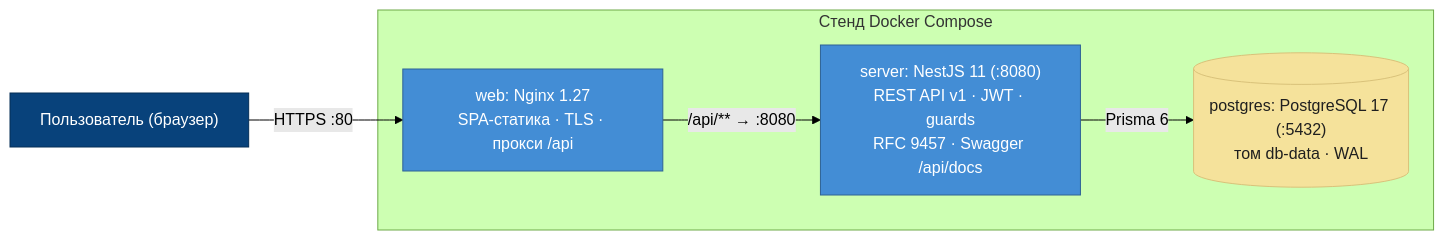
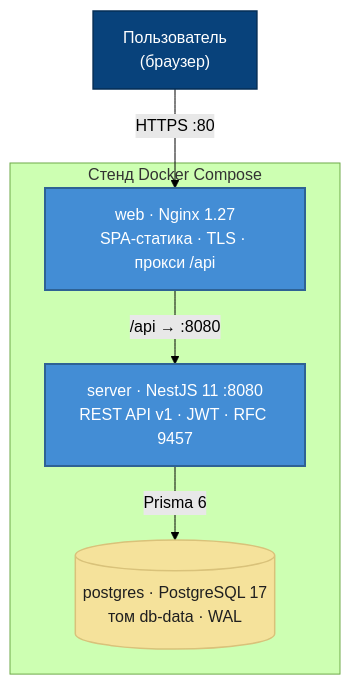
The diagram in tools/diagrams/src/02-c2-containers.mmd (ayurasov/vacation-planner), drawn with Mermaid (forest theme) before and after one commit. The commit also changed 43 other files, not shown here.

First line of the commit message:
design+docs(v0.2.1): настоящие Gantt-полосы, топбар-заголовки, коллапс меню; PNG-диаграммы

```diff
--- a/tools/diagrams/src/02-c2-containers.mmd
+++ b/tools/diagrams/src/02-c2-containers.mmd
@@ -1,16 +1,16 @@
-flowchart LR
-    U["Пользователь (браузер)"]
-    subgraph stand["Стенд Docker Compose"]
-        NG["web: Nginx 1.27<br/>SPA-статика · TLS · прокси /api"]
-        API["server: NestJS 11 (:8080)<br/>REST API v1 · JWT · guards<br/>RFC 9457 · Swagger /api/docs"]
-        PG[("postgres: PostgreSQL 17 (:5432)<br/>том db-data · WAL")]
+flowchart TB
+    U["Пользователь<br/>(браузер)"]
+    subgraph compose["Стенд Docker Compose"]
+        NG["web · Nginx 1.27<br/>SPA-статика · TLS · прокси /api"]
+        API["server · NestJS 11 :8080<br/>REST API v1 · JWT · RFC 9457"]
+        PG[("postgres · PostgreSQL 17<br/>том db-data · WAL")]
     end
     U -->|"HTTPS :80"| NG
-    NG -->|"/api/** → :8080"| API
-    API -->|"Prisma 6"| PG
-    classDef user fill:#08427B,color:#fff,stroke:#052E56
-    classDef container fill:#438DD5,color:#fff,stroke:#2E6295
-    classDef db fill:#F5E29B,color:#1F1F1F,stroke:#D9C27A
+    NG -->|"/api → :8080"| API
+    API -->|Prisma 6| PG
+    classDef user fill:#08427B,color:#fff,stroke:#052E56,stroke-width:1.5px
+    classDef container fill:#438DD5,color:#fff,stroke:#2E6295,stroke-width:2px
+    classDef db fill:#F5E29B,color:#1F1F1F,stroke:#D9C27A,stroke-width:1.5px
     class U user
     class NG,API container
     class PG db
```
